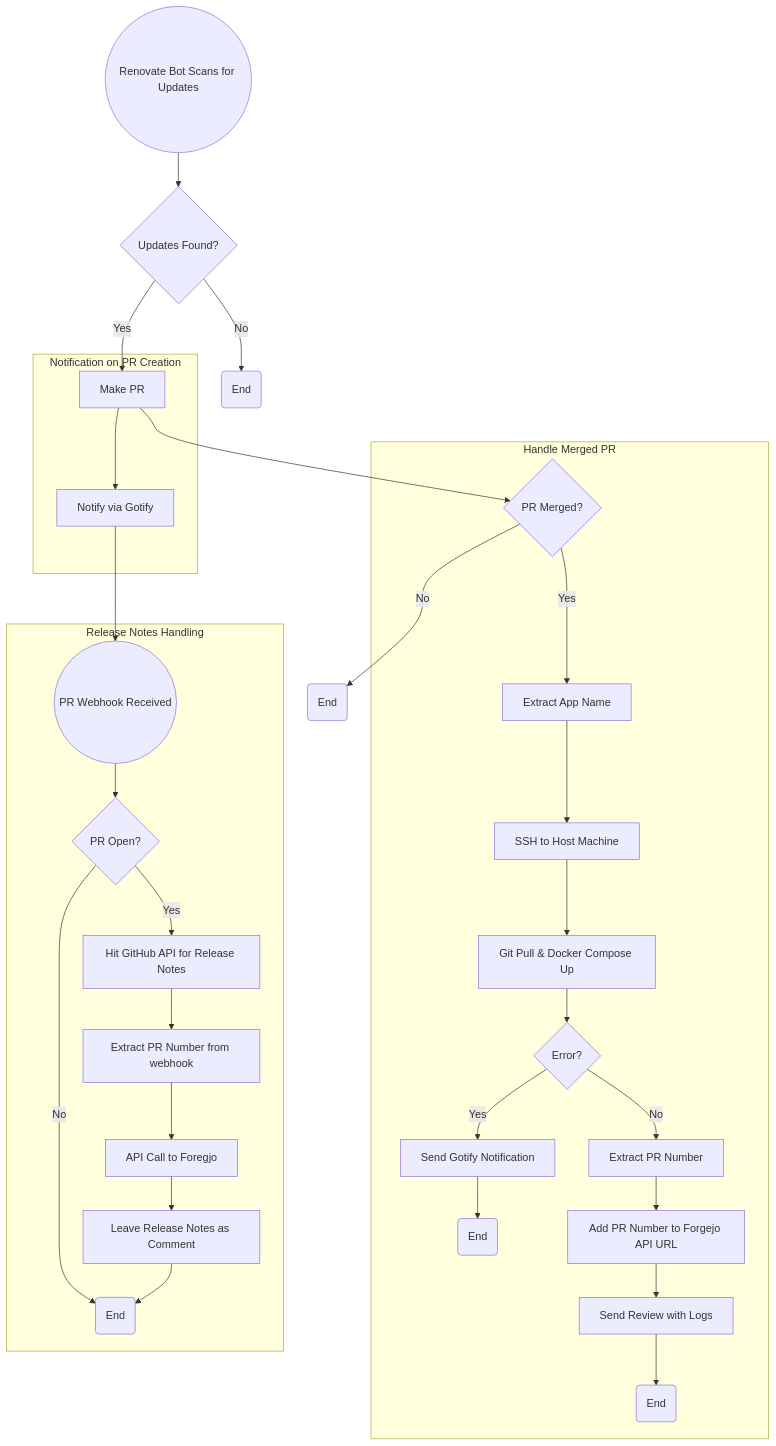
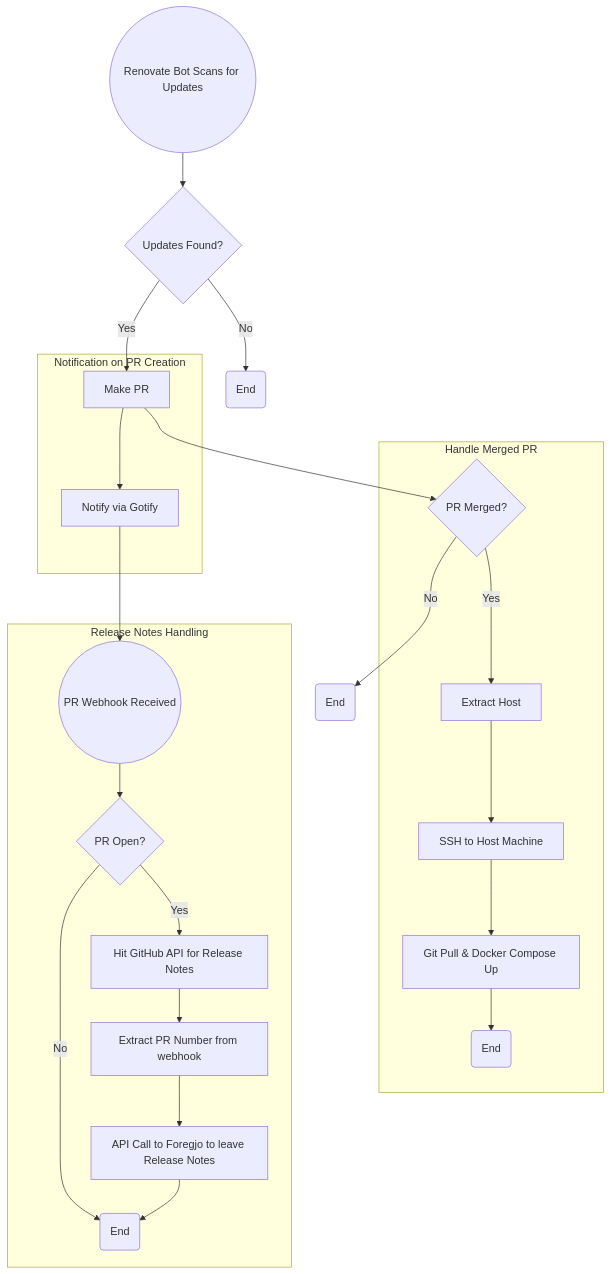
Before and after one commit to Mafyuh/Git-Homelab: the diagram in README.md, drawn with Mermaid.

````diff
--- a/README.md
+++ b/README.md
@@ -276,39 +276,33 @@
 ```mermaid
 graph TD
   A1((Renovate Bot Scans for Updates)) --> A2{Updates Found?}
   A2 -- Yes --> B[Make PR]
   A2 -- No --> C(End)
 
   B --> D{PR Merged?}
   D -- No --> E(End)
   
   subgraph Handle Merged PR
-    D -- Yes --> F[Extract App Name]
+    D -- Yes --> F[Extract Host]
     F --> G[SSH to Host Machine]
     G --> H[Git Pull & Docker Compose Up]
-    H --> I{Error?}
-    I -- Yes --> J[Send Gotify Notification]
-    J --> K(End)
-    I -- No --> L[Extract PR Number]
-    L --> M[Add PR Number to Forgejo API URL]
-    M --> N[Send Review with Logs]
-    N --> O(End)
+    H --> I(End)
   end
-  
+
   subgraph Notification on PR Creation
     B --> P[Notify via Gotify]
   end
   
   subgraph Release Notes Handling
     Q((PR Webhook Received)) --> R{PR Open?}
     R -- No --> S(End)
     R -- Yes --> T[Hit GitHub API for Release Notes]
     T --> U[Extract PR Number from webhook]
-    U --> V[API Call to Foregjo]
-    V --> W[Leave Release Notes as Comment]
+    U --> W[API Call to Foregjo to leave Release Notes]
     W --> S
   end
   
   P --> Q
 
+
 ```
````
